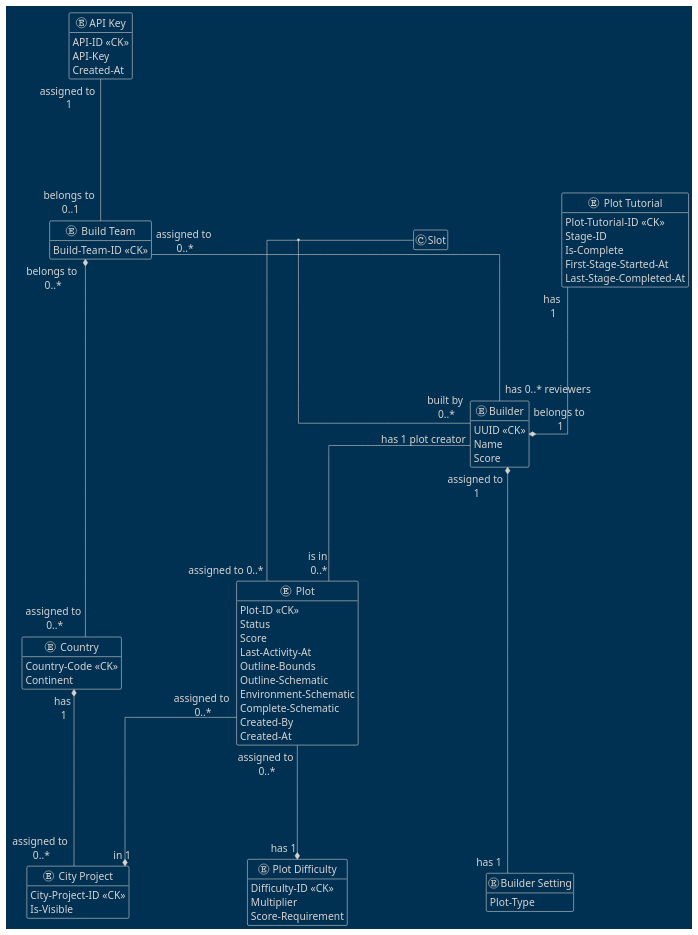
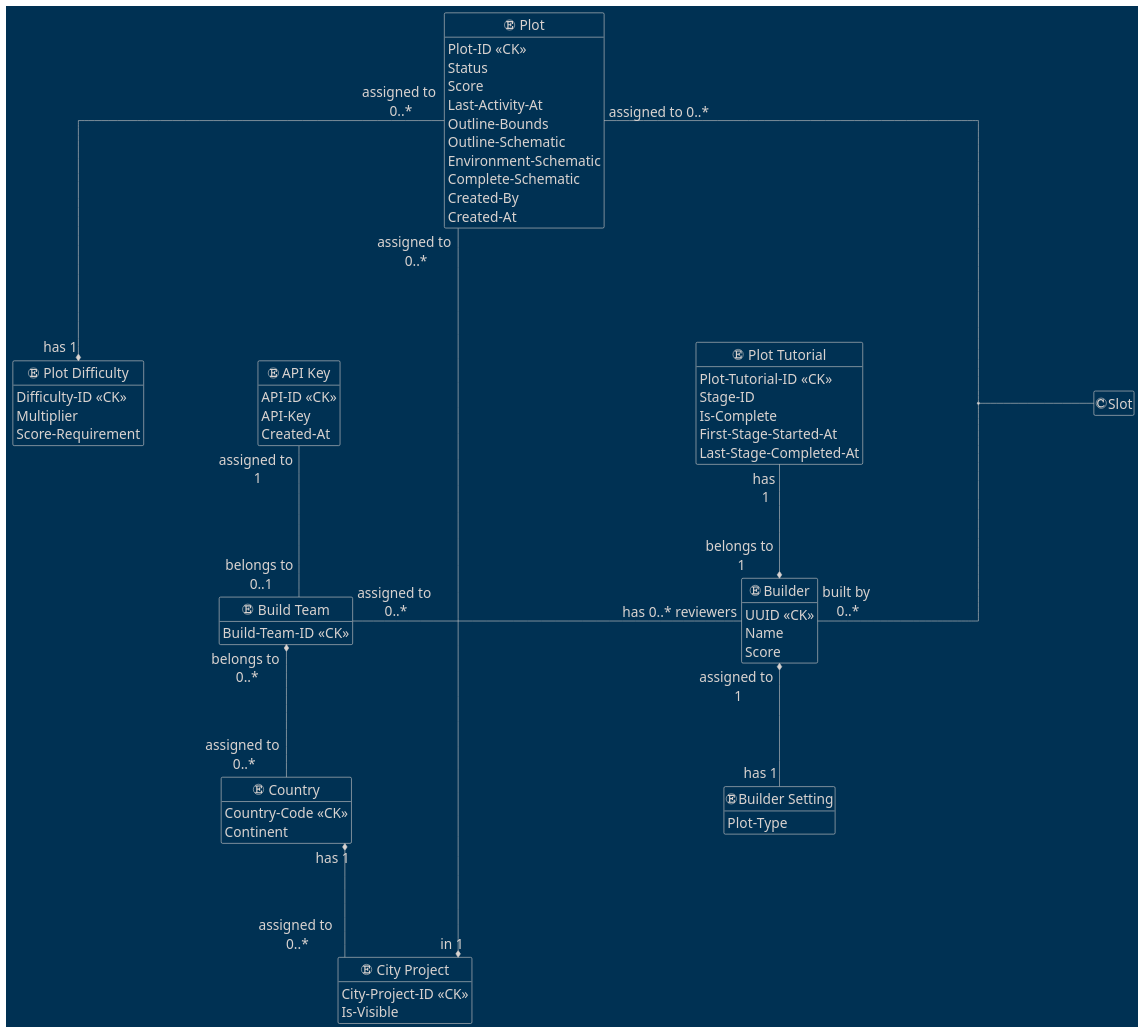
One commit to AlpsBTE/Plot-System-DB changed the diagram in conceptual-db.puml. Above: the diagram before and after it, drawn with PlantUML. The commit also changed 1 other file, not shown here.

```diff
--- a/conceptual-db.puml
+++ b/conceptual-db.puml
@@ -1,85 +1,84 @@
 @startuml
 skinparam nodesep 200
 skinparam ranksep 200
-skinparam defaultFontSize 18
+skinparam defaultFontSize 24
 
 skinparam linetype ortho
 
 hide empty members
 !theme blueprint
 
 entity "API Key" as api_key {
     API-ID <<CK>>
     API-Key
     Created-At
 }
 
 entity "Build Team" as build_team {
     Build-Team-ID <<CK>>
 }
 
 entity "Country" as country {
     Country-Code <<CK>>
     Continent
 }
 
 entity "City Project" as city_project {
     City-Project-ID <<CK>>
     Is-Visible
 }
 
 entity "Builder" as builder {
     UUID <<CK>>
     Name
     Score
 }
 
 entity "Builder Setting" as builder_setting {
     Plot-Type
 }
 
 entity "Plot Difficulty" as plot_difficulty {
     Difficulty-ID <<CK>>
     Multiplier
     Score-Requirement
 }
 
 entity "Plot" as plot {
     Plot-ID <<CK>>
     Status
     Score
     Last-Activity-At
     Outline-Bounds
     Outline-Schematic
     Environment-Schematic
     Complete-Schematic
     Created-By
     Created-At
 }
 
 entity "Plot Tutorial" as plot_tutorial {
     Plot-Tutorial-ID <<CK>>
     Stage-ID
     Is-Complete
     First-Stage-Started-At
     Last-Stage-Completed-At
 }
 
 api_key "assigned to \n1" -- "belongs to \n0..1" build_team
 
 build_team "belongs to \n0..*" *-- "assigned to \n0..*" country
-build_team "assigned to \n0..*" -- "has 0..* reviewers" builder
+build_team "assigned to \n0..*" - "has 0..* reviewers" builder
 
-country "has \n1" *-- "assigned to \n0..*" city_project
+country "has 1" *-- "assigned to \n0..*" city_project
 
-builder "has 1 plot creator" -- "is in \n0..*" plot
-builder "assigned to \n1" *--- "has 1" builder_setting
+builder "assigned to \n1" *-- "has 1" builder_setting
 
 plot "assigned to 0..*" -- "built by \n0..*" builder
 (builder, plot) -- "Slot"
 
 plot "assigned to \n0..*" --* "in 1" city_project
 plot "assigned to \n0..*" --* "has 1" plot_difficulty
 
 plot_tutorial "has \n1" --* "belongs to \n1" builder
 @enduml
```
